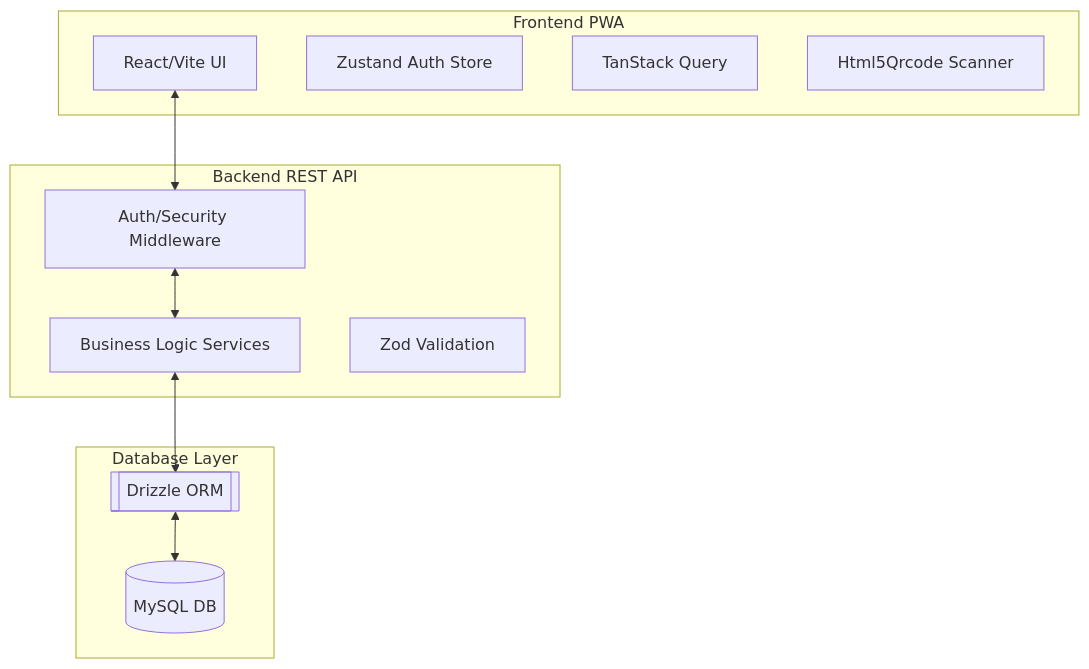
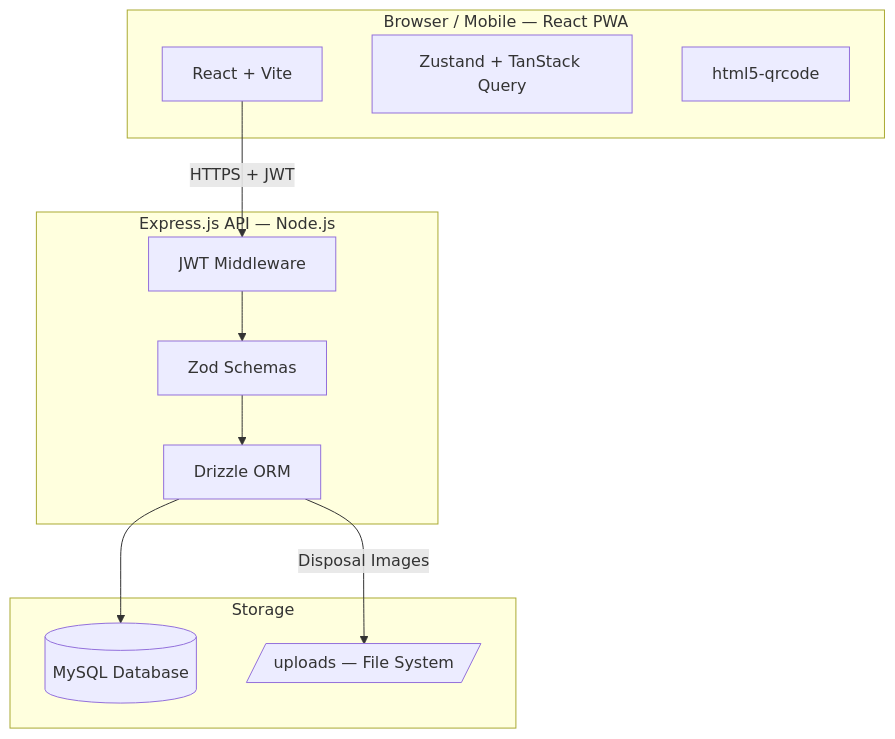
The diagram in doc/Architecture.md (sahana062002/asset-and-consumable-tracker), drawn with Mermaid before and after one commit. The commit also changed other lines of this file and 7 other files, not shown here.

````diff
--- a/doc/Architecture.md
+++ b/doc/Architecture.md
@@ -7,25 +7,25 @@
 ```mermaid
 graph TD
-    subgraph Client [Frontend PWA]
-        UI[React/Vite UI]
-        Store[Zustand Auth Store]
-        Query[TanStack Query]
-        Scanner[Html5Qrcode Scanner]
+    subgraph Client [Browser / Mobile — React PWA]
+        UI[React + Vite]
+        State[Zustand + TanStack Query]
+        Scanner[html5-qrcode]
     end
 
-    subgraph Server [Backend REST API]
-        Middleware[Auth/Security Middleware]
-        Services[Business Logic Services]
-        Validators[Zod Validation]
+    subgraph Server [Express.js API — Node.js]
+        Auth[JWT Middleware]
+        Validation[Zod Schemas]
+        Drizzle[Drizzle ORM]
     end
 
-    subgraph Persistence [Database Layer]
-        MySQL[(MySQL DB)]
-        Drizzle[[Drizzle ORM]]
+    subgraph Storage
+        MySQL[(MySQL Database)]
+        FS[/uploads — File System/]
     end
 
-    UI <--> Middleware
-    Middleware <--> Services
-    Services <--> Drizzle
-    Drizzle <--> MySQL
+    UI -- HTTPS + JWT --> Auth
+    Auth --> Validation
+    Validation --> Drizzle
+    Drizzle --> MySQL
+    Drizzle -- Disposal Images --> FS
 ```
````
